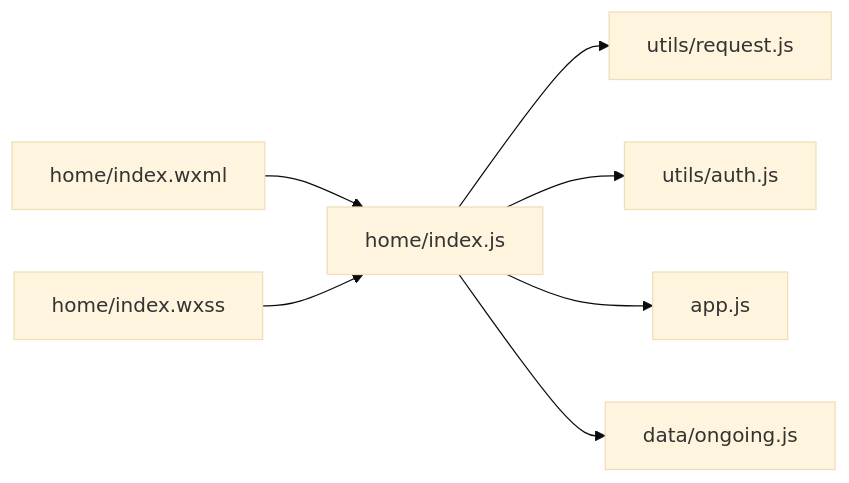
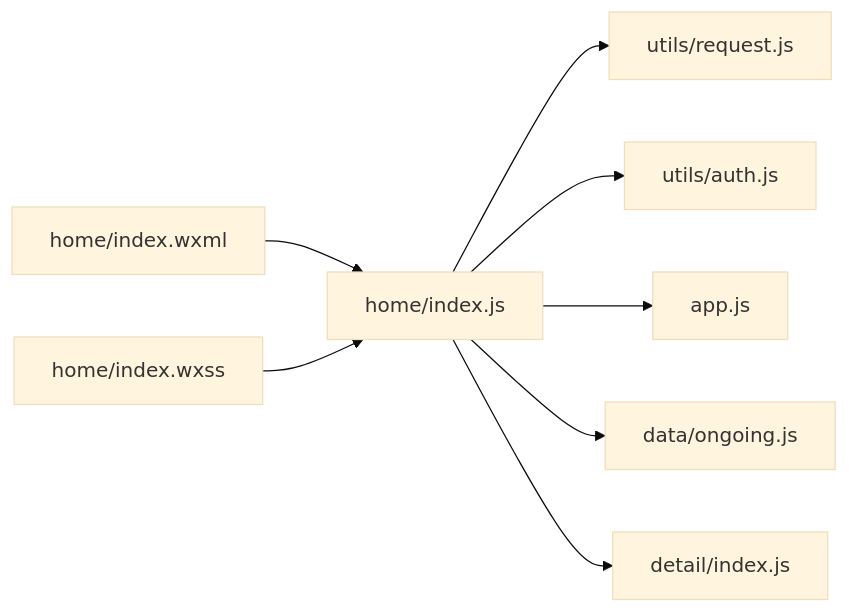
The ninth of 9 diagrams in .qoder/repowiki/zh/content/前端开发/页面组件开发/首页开发.md (cwxiao/zugeju), drawn with Mermaid (base theme) before and after one commit. The commit also changed other lines of this file and 72 other files, not shown here.

First line of the commit message:
前端：将UI资源装饰图融入各页面，提升视觉丰富度

````diff
--- a/.qoder/repowiki/zh/content/前端开发/页面组件开发/首页开发.md
+++ b/.qoder/repowiki/zh/content/前端开发/页面组件开发/首页开发.md
@@ -288,9 +336,10 @@
 ```mermaid
 graph LR
 H["home/index.js"] --> Q["utils/request.js"]
 H --> AU["utils/auth.js"]
 H --> AP["app.js"]
 H --> D["data/ongoing.js"]
+H --> DETAIL["detail/index.js"]
 V["home/index.wxml"] --> H
 S["home/index.wxss"] --> H
 ```
````
